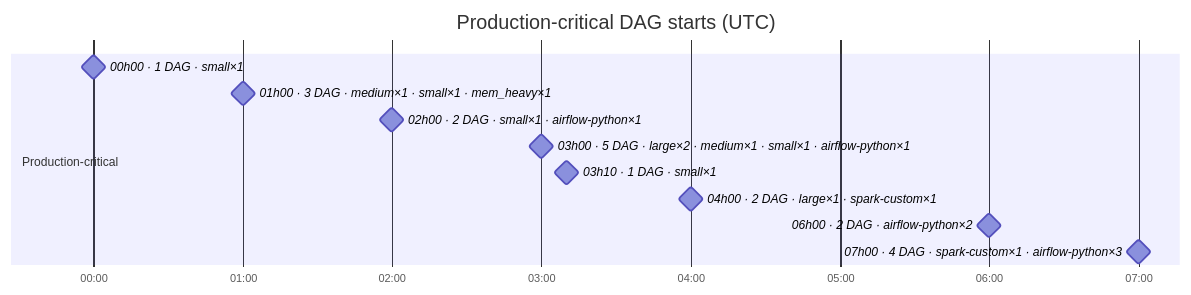
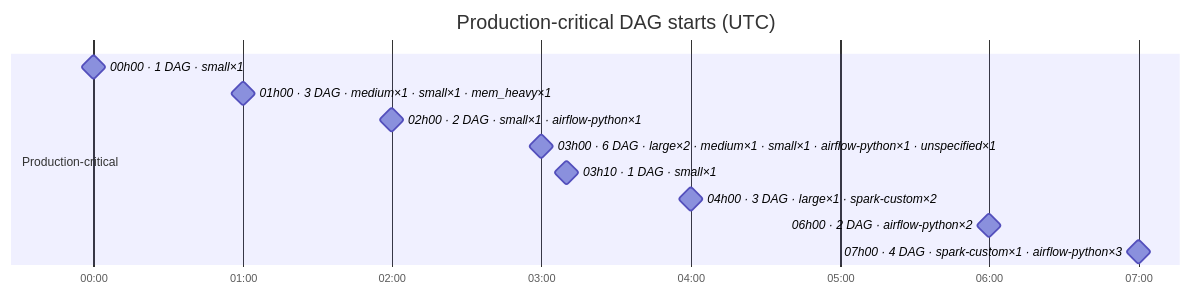
One commit to DayMarket/ml-feature-platform changed the second of 7 diagrams in docs/feature_platform_map.md. Above: the diagram before and after it, drawn with Mermaid. The commit also changed other lines of this file and 19 other files, not shown here.

````diff
--- a/docs/feature_platform_map.md
+++ b/docs/feature_platform_map.md
@@ -126,16 +131,16 @@
 ```mermaid
 gantt
     title Production-critical DAG starts (UTC)
     dateFormat HH:mm
     axisFormat %H:%M
     tickInterval 1hour
     section Production-critical
     00h00 · 1 DAG · small×1 :milestone, s0_0000, 00:00, 0m
     01h00 · 3 DAG · medium×1 · small×1 · mem_heavy×1 :milestone, s0_0060, 01:00, 0m
     02h00 · 2 DAG · small×1 · airflow-python×1 :milestone, s0_0120, 02:00, 0m
-    03h00 · 5 DAG · large×2 · medium×1 · small×1 · airflow-python×1 :milestone, s0_0180, 03:00, 0m
+    03h00 · 6 DAG · large×2 · medium×1 · small×1 · airflow-python×1 · unspecified×1 :milestone, s0_0180, 03:00, 0m
     03h10 · 1 DAG · small×1 :milestone, s0_0190, 03:10, 0m
-    04h00 · 2 DAG · large×1 · spark-custom×1 :milestone, s0_0240, 04:00, 0m
+    04h00 · 3 DAG · large×1 · spark-custom×2 :milestone, s0_0240, 04:00, 0m
     06h00 · 2 DAG · airflow-python×2 :milestone, s0_0360, 06:00, 0m
     07h00 · 4 DAG · spark-custom×1 · airflow-python×3 :milestone, s0_0420, 07:00, 0m
 ```
````
